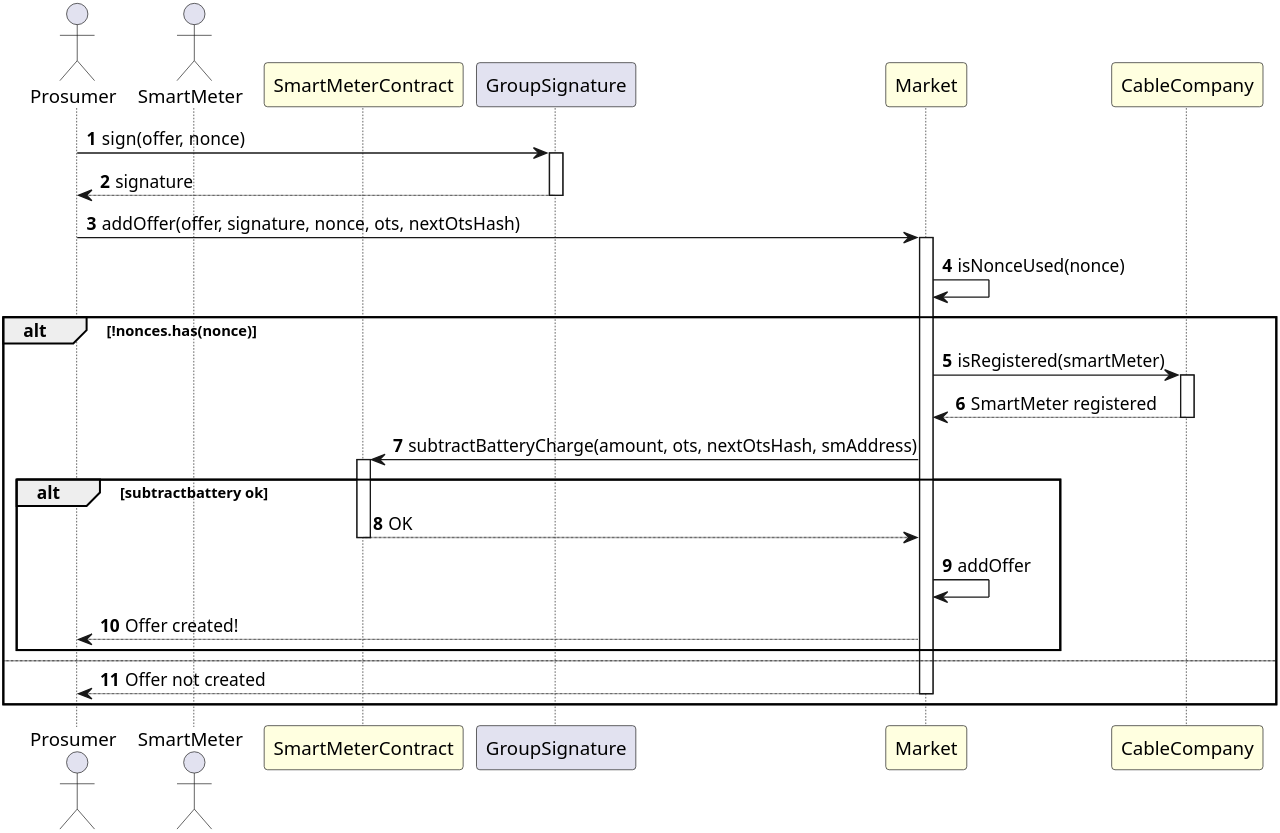
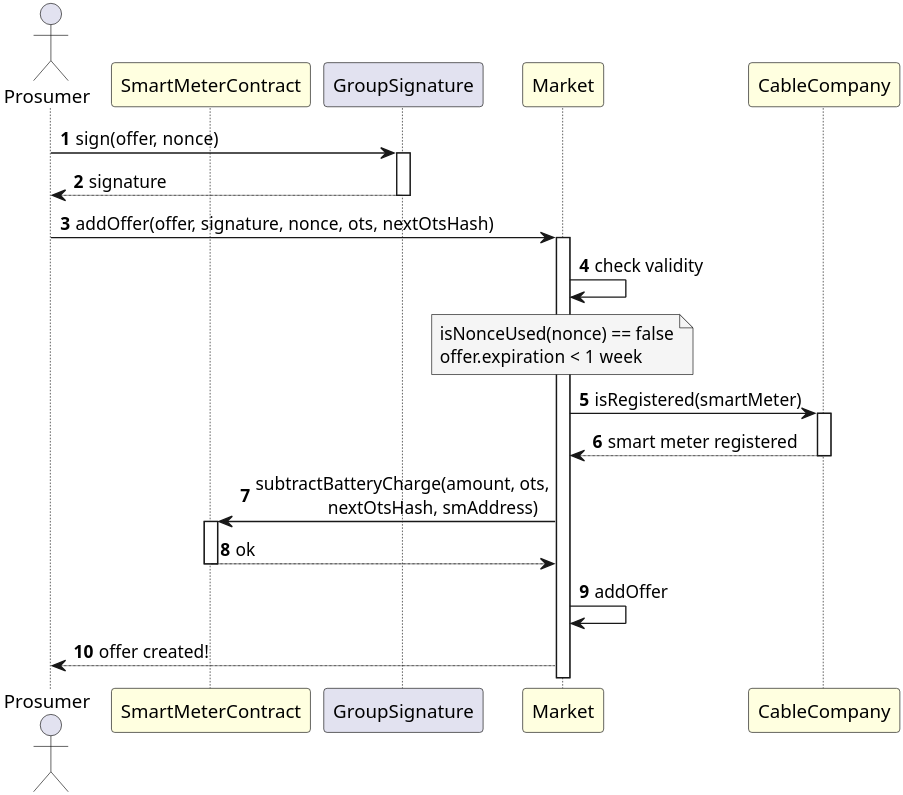
One commit to antonoeschmidt/SmartGridEmpowered changed the diagram in docs/SequenceDiagrams/addOffer.puml. Above: the diagram before and after it, drawn with PlantUML. The commit also changed 2 other files, not shown here.

```diff
--- a/docs/SequenceDiagrams/addOffer.puml
+++ b/docs/SequenceDiagrams/addOffer.puml
@@ -1,32 +1,30 @@
 @startuml AddOffer
 actor Prosumer
-actor SmartMeter
 participant SmartMeterContract #LightYellow
 participant GroupSignature
 participant Market #LightYellow
 participant CableCompany #LightYellow
 
 skinparam dpi 400
 
 autonumber
 
 Prosumer -> GroupSignature ++: sign(offer, nonce)
 GroupSignature --> Prosumer --: signature
 
 Prosumer -> Market ++: addOffer(offer, signature, nonce, ots, nextOtsHash)
-Market -> Market: isNonceUsed(nonce)
-alt !nonces.has(nonce)
+Market -> Market: check validity
+note over Market #WhiteSmoke
+isNonceUsed(nonce) == false
+offer.expiration < 1 week
+end note
+
 Market -> CableCompany ++: isRegistered(smartMeter)
-CableCompany --> Market --: SmartMeter registered
+CableCompany --> Market --: smart meter registered
 
-Market -> SmartMeterContract ++: subtractBatteryCharge(amount, ots, nextOtsHash, smAddress)
-alt subtractbattery ok
-SmartMeterContract --> Market --: OK
+Market -> SmartMeterContract ++: subtractBatteryCharge(amount, ots, \n\t\tnextOtsHash, smAddress)
+SmartMeterContract --> Market --: ok
 Market -> Market: addOffer
-Market --> Prosumer: Offer created!
-end 
-else
-Market --> Prosumer --: Offer not created
-end
+Market --> Prosumer: offer created!
 
 @enduml
```
